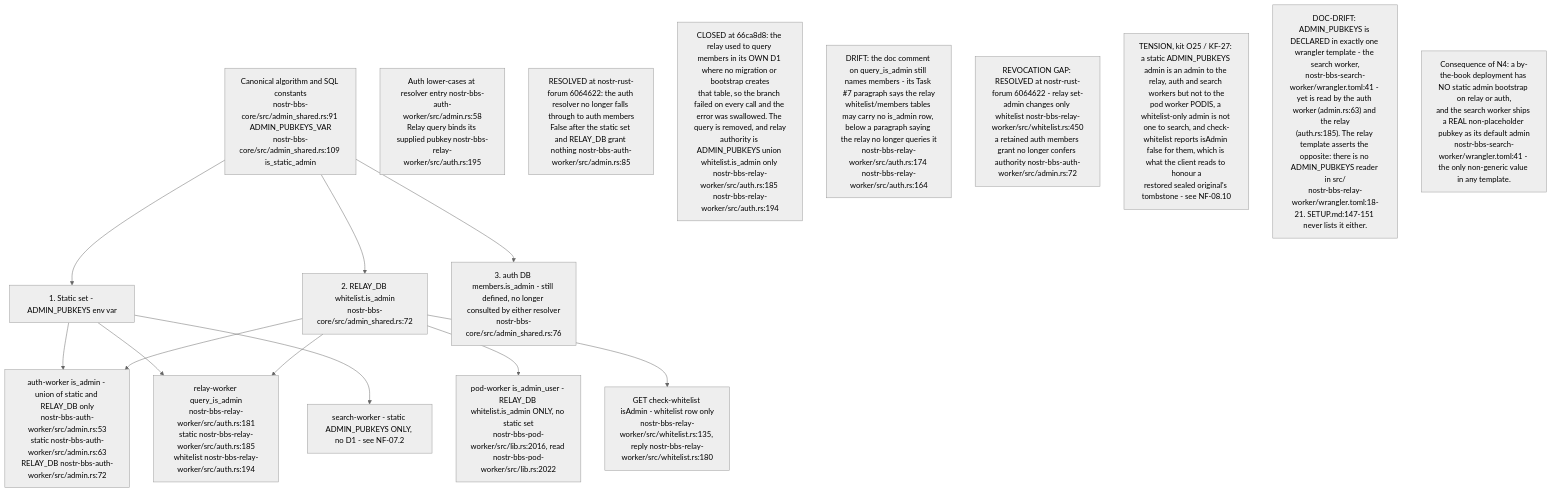
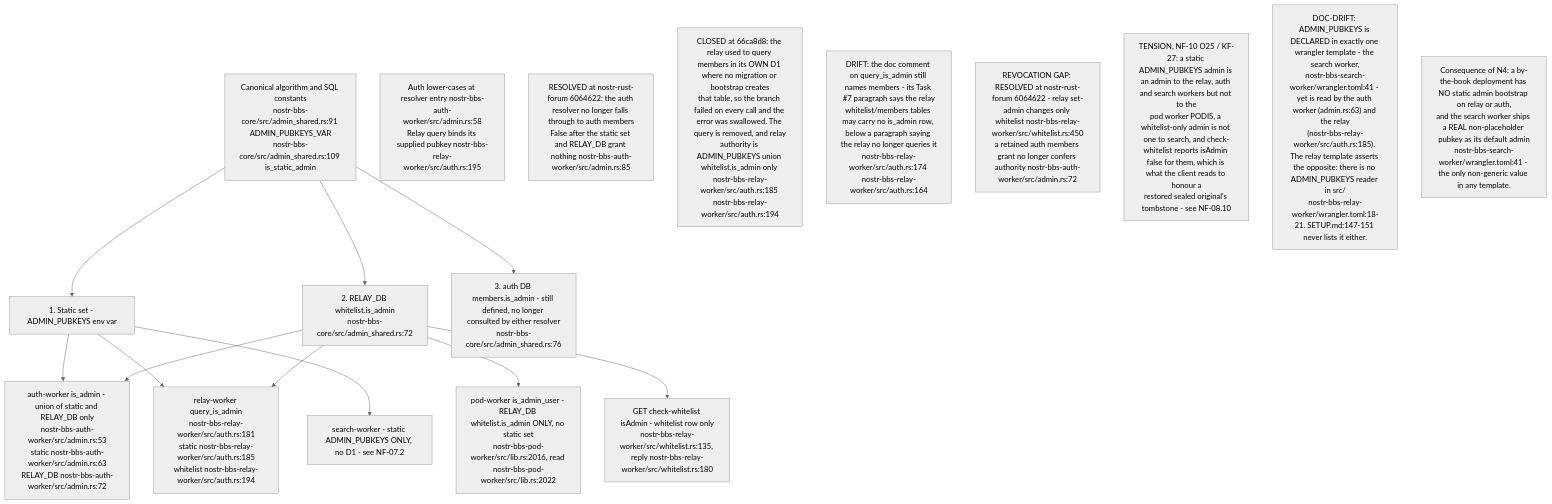
One commit to DreamLab-AI/VisionFlow changed the seventh of 13 diagrams in docs/diagrams/nostr-rust-forum/08-config-zones-stores-and-admin-authority.md. Above: the diagram before and after it, drawn with Mermaid (neutral theme). The commit also changed other lines of this file and 13 other files, not shown here.

First line of the commit message:
diagrams(nostr-rust-forum): fold the last kit-only diagram content into the corpus

````diff
--- a/docs/diagrams/nostr-rust-forum/08-config-zones-stores-and-admin-authority.md
+++ b/docs/diagrams/nostr-rust-forum/08-config-zones-stores-and-admin-authority.md
@@ -263,29 +279,29 @@
 ```mermaid
 flowchart TB
     CANON["Canonical algorithm and SQL constants<br/>nostr-bbs-core/src/admin_shared.rs:91 ADMIN_PUBKEYS_VAR<br/>nostr-bbs-core/src/admin_shared.rs:109 is_static_admin"]
     S1["1. Static set - ADMIN_PUBKEYS env var"]
     S2["2. RELAY_DB whitelist.is_admin<br/>nostr-bbs-core/src/admin_shared.rs:72"]
     S3["3. auth DB members.is_admin - still defined, no longer consulted by either resolver<br/>nostr-bbs-core/src/admin_shared.rs:76"]
     AUTHIS["auth-worker is_admin - union of static and RELAY_DB only<br/>nostr-bbs-auth-worker/src/admin.rs:53<br/>static nostr-bbs-auth-worker/src/admin.rs:63<br/>RELAY_DB nostr-bbs-auth-worker/src/admin.rs:72"]
     RELIS["relay-worker query_is_admin<br/>nostr-bbs-relay-worker/src/auth.rs:181<br/>static nostr-bbs-relay-worker/src/auth.rs:185<br/>whitelist nostr-bbs-relay-worker/src/auth.rs:194"]
 
     PODIS["pod-worker is_admin_user - RELAY_DB whitelist.is_admin ONLY, no static set<br/>nostr-bbs-pod-worker/src/lib.rs:2016, read nostr-bbs-pod-worker/src/lib.rs:2022"]
     CHK["GET check-whitelist isAdmin - whitelist row only<br/>nostr-bbs-relay-worker/src/whitelist.rs:135, reply nostr-bbs-relay-worker/src/whitelist.rs:180"]
 
     CANON --> S1 & S2 & S3
     S1 & S2 --> AUTHIS
     S1 & S2 --> RELIS
     SRCHIS["search-worker - static ADMIN_PUBKEYS ONLY, no D1 - see NF-07.2"]
     S2 --> PODIS
     S1 --> SRCHIS
     S2 --> CHK
 
     N1["Auth lower-cases at resolver entry nostr-bbs-auth-worker/src/admin.rs:58<br/>Relay query binds its supplied pubkey nostr-bbs-relay-worker/src/auth.rs:195"]
     N2["RESOLVED at nostr-rust-forum 6064622: the auth resolver no longer falls through to auth members<br/>False after the static set and RELAY_DB grant nothing nostr-bbs-auth-worker/src/admin.rs:85"]
     N3["CLOSED at 66ca8d8: the relay used to query members in its OWN D1 where no migration or bootstrap creates<br/>that table, so the branch failed on every call and the error was swallowed. The query is removed, and relay<br/>authority is ADMIN_PUBKEYS union whitelist.is_admin only nostr-bbs-relay-worker/src/auth.rs:185 nostr-bbs-relay-worker/src/auth.rs:194"]
     N3B["DRIFT: the doc comment on query_is_admin still names members - its Task #7 paragraph says the relay<br/>whitelist/members tables may carry no is_admin row, below a paragraph saying the relay no longer queries it<br/>nostr-bbs-relay-worker/src/auth.rs:174 nostr-bbs-relay-worker/src/auth.rs:164"]
     N3C["REVOCATION GAP: RESOLVED at nostr-rust-forum 6064622 - relay set-admin changes only whitelist nostr-bbs-relay-worker/src/whitelist.rs:450<br/>a retained auth members grant no longer confers authority nostr-bbs-auth-worker/src/admin.rs:72"]
-    N6["TENSION, kit O25 / KF-27: a static ADMIN_PUBKEYS admin is an admin to the relay, auth and search workers but not to the<br/>pod worker PODIS, a whitelist-only admin is not one to search, and check-whitelist reports isAdmin false for them, which is what the client reads to honour a<br/>restored sealed original's tombstone - see NF-08.10"]
-    N4["DOC-DRIFT: ADMIN_PUBKEYS is DECLARED in exactly one wrangler template - the search worker,<br/>nostr-bbs-search-worker/wrangler.toml:41 - yet is read by the auth worker (admin.rs:63) and the relay<br/>(auth.rs:185). The relay template asserts the opposite: there is no ADMIN_PUBKEYS reader in src/<br/>nostr-bbs-relay-worker/wrangler.toml:18-21. SETUP.md:147-151 never lists it either."]
+    N6["TENSION, NF-10 O25 / KF-27: a static ADMIN_PUBKEYS admin is an admin to the relay, auth and search workers but not to the<br/>pod worker PODIS, a whitelist-only admin is not one to search, and check-whitelist reports isAdmin false for them, which is what the client reads to honour a<br/>restored sealed original's tombstone - see NF-08.10"]
+    N4["DOC-DRIFT: ADMIN_PUBKEYS is DECLARED in exactly one wrangler template - the search worker,<br/>nostr-bbs-search-worker/wrangler.toml:41 - yet is read by the auth worker (admin.rs:63) and the relay<br/>(nostr-bbs-relay-worker/src/auth.rs:185). The relay template asserts the opposite: there is no ADMIN_PUBKEYS reader in src/<br/>nostr-bbs-relay-worker/wrangler.toml:18-21. SETUP.md:147-151 never lists it either."]
     N5["Consequence of N4: a by-the-book deployment has NO static admin bootstrap on relay or auth,<br/>and the search worker ships a REAL non-placeholder pubkey as its default admin<br/>nostr-bbs-search-worker/wrangler.toml:41 - the only non-generic value in any template."]
 ```
````
